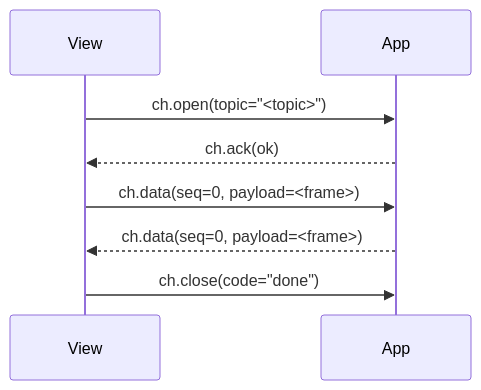
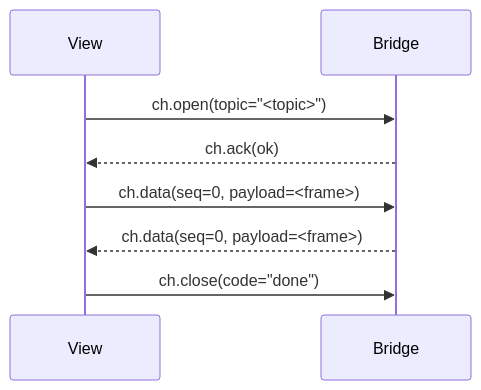
Before and after one commit to LingXia-Dev/LingXia: the fifth of 8 diagrams in docs/internal/bridge-protocol.md, drawn with Mermaid. The commit also changed other lines of this file, not shown here.

Commit message:
docs(bridge): refine bridge protocol spec and flow semantics

````diff
--- a/docs/internal/bridge-protocol.md
+++ b/docs/internal/bridge-protocol.md
@@ -524,10 +579,10 @@
 ```mermaid
 sequenceDiagram
   participant View
-  participant App
-  View->>App: ch.open(topic="<topic>")
-  App-->>View: ch.ack(ok)
-  View->>App: ch.data(seq=0, payload=<frame>)
-  App-->>View: ch.data(seq=0, payload=<frame>)
-  View->>App: ch.close(code="done")
+  participant Bridge
+  View->>Bridge: ch.open(topic="<topic>")
+  Bridge-->>View: ch.ack(ok)
+  View->>Bridge: ch.data(seq=0, payload=<frame>)
+  Bridge-->>View: ch.data(seq=0, payload=<frame>)
+  View->>Bridge: ch.close(code="done")
 ```
````
